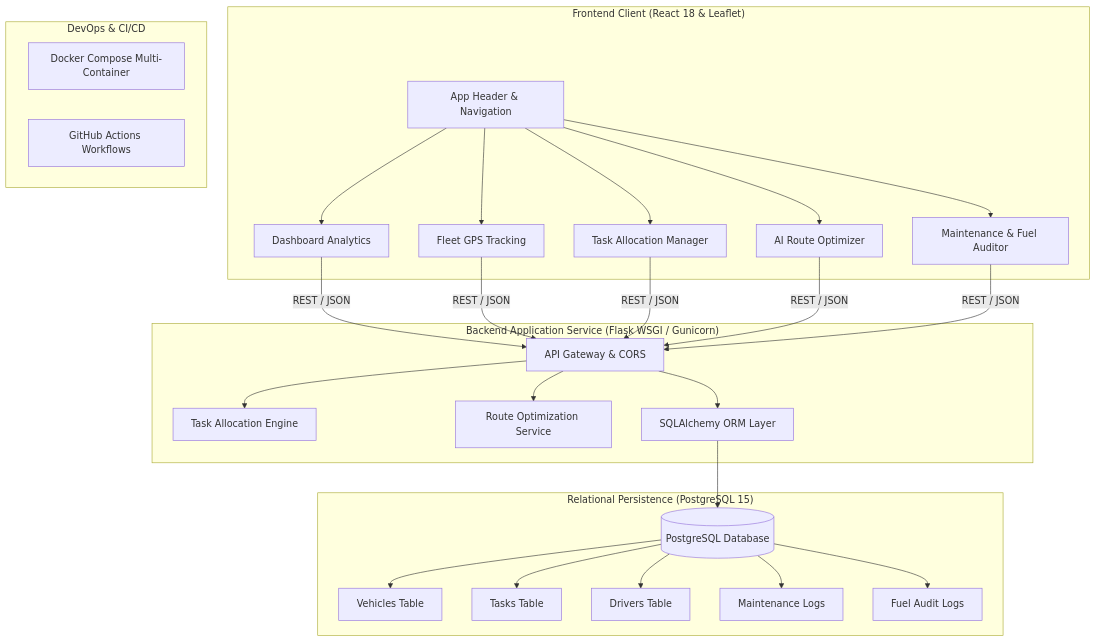
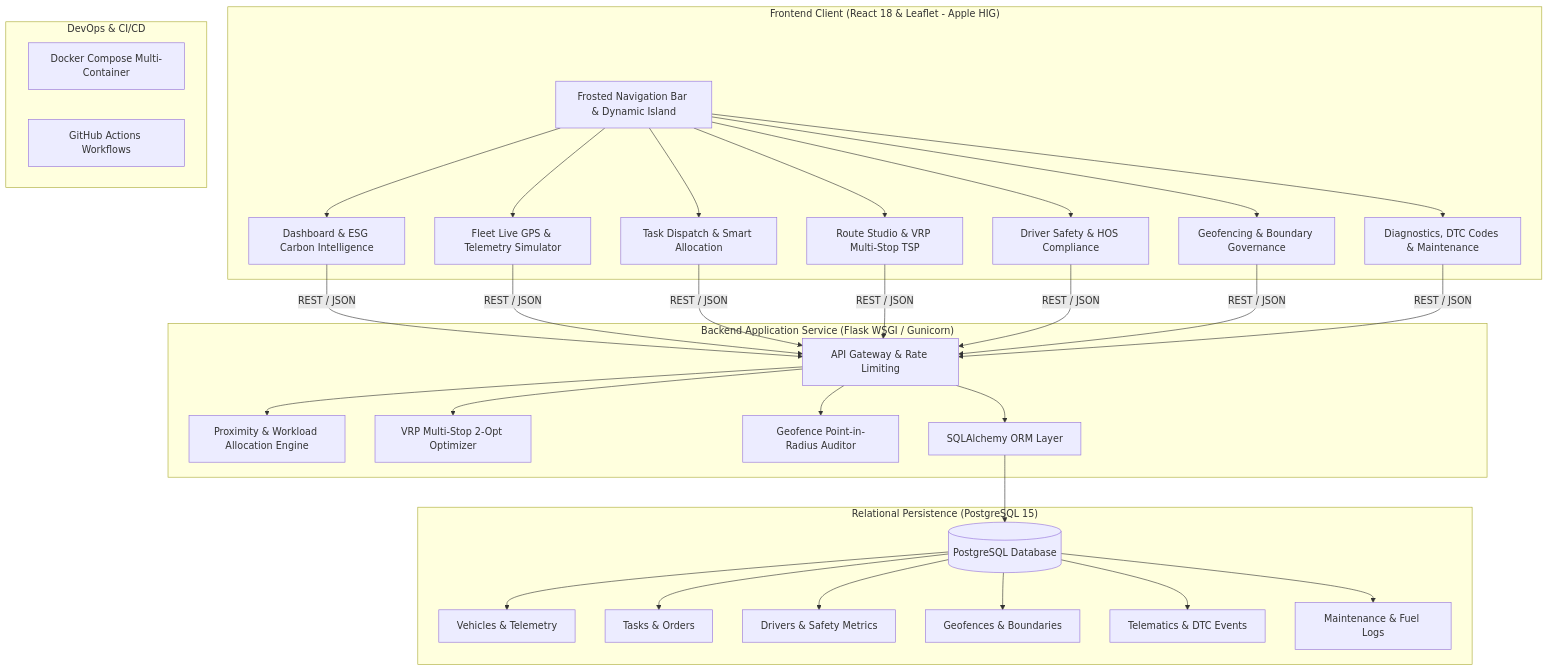
The diagram in README.md (Vins-z/Fleet-Management-System), drawn with Mermaid before and after one commit. The commit also changed other lines of this file and 12 other files, not shown here.

First line of the commit message:
feat: complete Apple HIG UI overhaul and enterprise telematics features

````diff
--- a/README.md
+++ b/README.md
@@ -11,38 +21,42 @@
 ```mermaid
 graph TD
-    subgraph Client ["Frontend Client (React 18 & Leaflet)"]
-        UI[App Header & Navigation]
-        DASH[Dashboard Analytics]
-        MAP[Fleet GPS Tracking]
-        TASKS[Task Allocation Manager]
-        ROUTES[AI Route Optimizer]
-        MAINT[Maintenance & Fuel Auditor]
+    subgraph Client ["Frontend Client (React 18 & Leaflet - Apple HIG)"]
+        UI[Frosted Navigation Bar & Dynamic Island]
+        DASH[Dashboard & ESG Carbon Intelligence]
+        MAP[Fleet Live GPS & Telemetry Simulator]
+        TASKS[Task Dispatch & Smart Allocation]
+        ROUTES[Route Studio & VRP Multi-Stop TSP]
+        SAFETY[Driver Safety & HOS Compliance]
+        GEOFENCE[Geofencing & Boundary Governance]
+        DIAG[Diagnostics, DTC Codes & Maintenance]
     end
 
     subgraph Service ["Backend Application Service (Flask WSGI / Gunicorn)"]
-        API[API Gateway & CORS]
-        ALLOC[Task Allocation Engine]
-        ROUTER[Route Optimization Service]
+        API[API Gateway & Rate Limiting]
+        ALLOC[Proximity & Workload Allocation Engine]
+        VRP[VRP Multi-Stop 2-Opt Optimizer]
+        GEO[Geofence Point-in-Radius Auditor]
         DB_LAYER[SQLAlchemy ORM Layer]
     end
 
     subgraph Storage ["Relational Persistence (PostgreSQL 15)"]
         DB[(PostgreSQL Database)]
-        V_TBL[Vehicles Table]
-        T_TBL[Tasks Table]
-        D_TBL[Drivers Table]
-        M_TBL[Maintenance Logs]
-        F_TBL[Fuel Audit Logs]
+        V_TBL[Vehicles & Telemetry]
+        T_TBL[Tasks & Orders]
+        D_TBL[Drivers & Safety Metrics]
+        G_TBL[Geofences & Boundaries]
+        E_TBL[Telematics & DTC Events]
+        M_TBL[Maintenance & Fuel Logs]
     end
 
     subgraph Automation ["DevOps & CI/CD"]
         DOCKER[Docker Compose Multi-Container]
         GHA[GitHub Actions Workflows]
     end
 
-    UI --> DASH & MAP & TASKS & ROUTES & MAINT
-    DASH & MAP & TASKS & ROUTES & MAINT -->|REST / JSON| API
-    API --> ALLOC & ROUTER & DB_LAYER
+    UI --> DASH & MAP & TASKS & ROUTES & SAFETY & GEOFENCE & DIAG
+    DASH & MAP & TASKS & ROUTES & SAFETY & GEOFENCE & DIAG -->|REST / JSON| API
+    API --> ALLOC & VRP & GEO & DB_LAYER
     DB_LAYER --> DB
-    DB --> V_TBL & T_TBL & D_TBL & M_TBL & F_TBL
+    DB --> V_TBL & T_TBL & D_TBL & G_TBL & E_TBL & M_TBL
 ```
````
